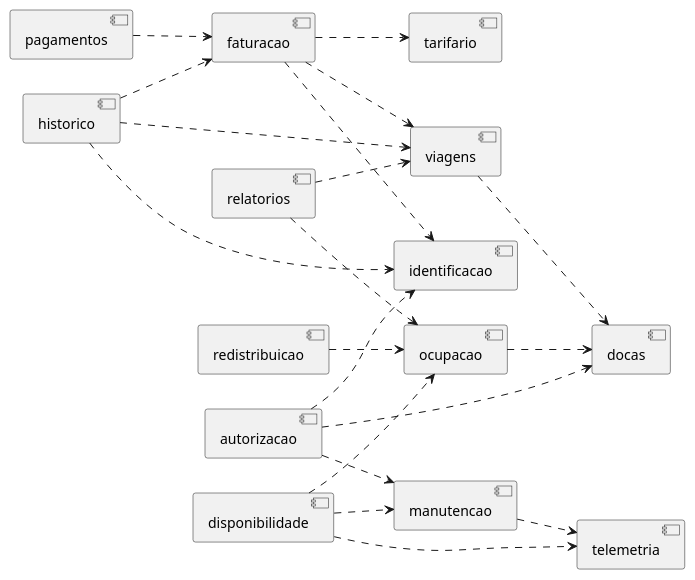
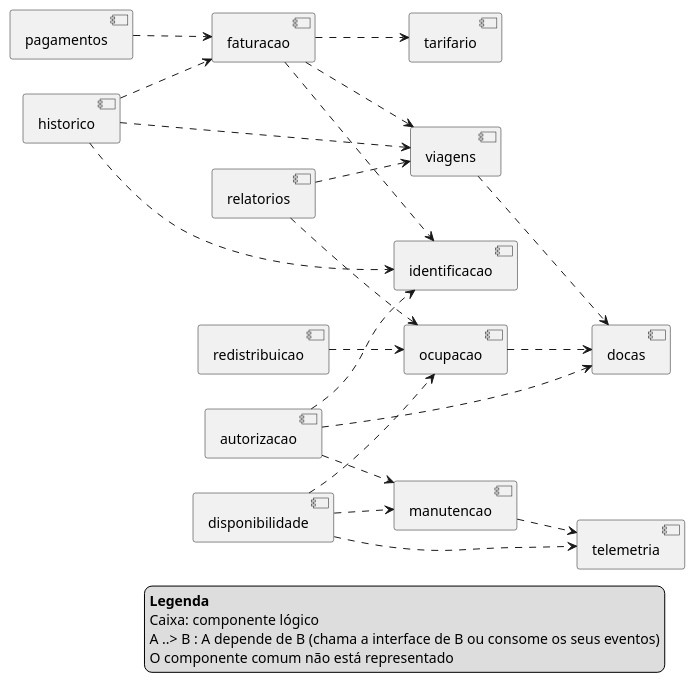
Before and after one commit to Monster147/trabalho-pratico-1-DS: the diagram in docs/diagramas/componentes-iteracao2.puml, drawn with PlantUML. The commit also changed 61 other files, not shown here.

```diff
--- a/docs/diagramas/componentes-iteracao2.puml
+++ b/docs/diagramas/componentes-iteracao2.puml
@@ -1,42 +1,50 @@
 @startuml componentes-iteracao2
 ' Diagrama de componentes UML — Iteração 2 (versão final)
 ' Seta tracejada A ..> B: A depende de B. O componente comum não está representado.
 left to right direction
 skinparam componentStyle uml2
 skinparam shadowing false
 
 component identificacao
 component autorizacao
 component docas
 component viagens
 component ocupacao
 component disponibilidade
 component telemetria
 component manutencao
 component tarifario
 component faturacao
 component pagamentos
 component historico
 component redistribuicao
 component relatorios
 
 autorizacao ..> identificacao
 autorizacao ..> manutencao
 autorizacao ..> docas
 viagens ..> docas
 ocupacao ..> docas
 manutencao ..> telemetria
 disponibilidade ..> ocupacao
 disponibilidade ..> telemetria
 disponibilidade ..> manutencao
 faturacao ..> viagens
 faturacao ..> tarifario
 faturacao ..> identificacao
 pagamentos ..> faturacao
 historico ..> viagens
 historico ..> faturacao
 historico ..> identificacao
 redistribuicao ..> ocupacao
 relatorios ..> viagens
 relatorios ..> ocupacao
+
+legend right
+  **Legenda**
+  Caixa: componente lógico
+  A ..> B : A depende de B (chama a interface de B ou consome os seus eventos)
+  O componente comum não está representado
+endlegend
+
 @enduml
```
